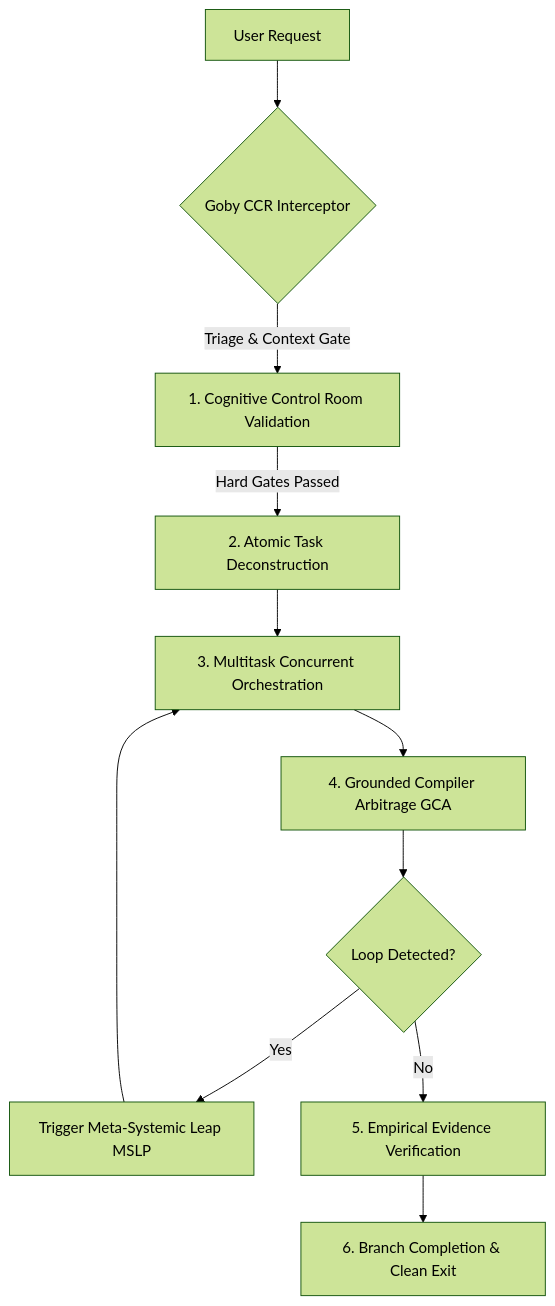
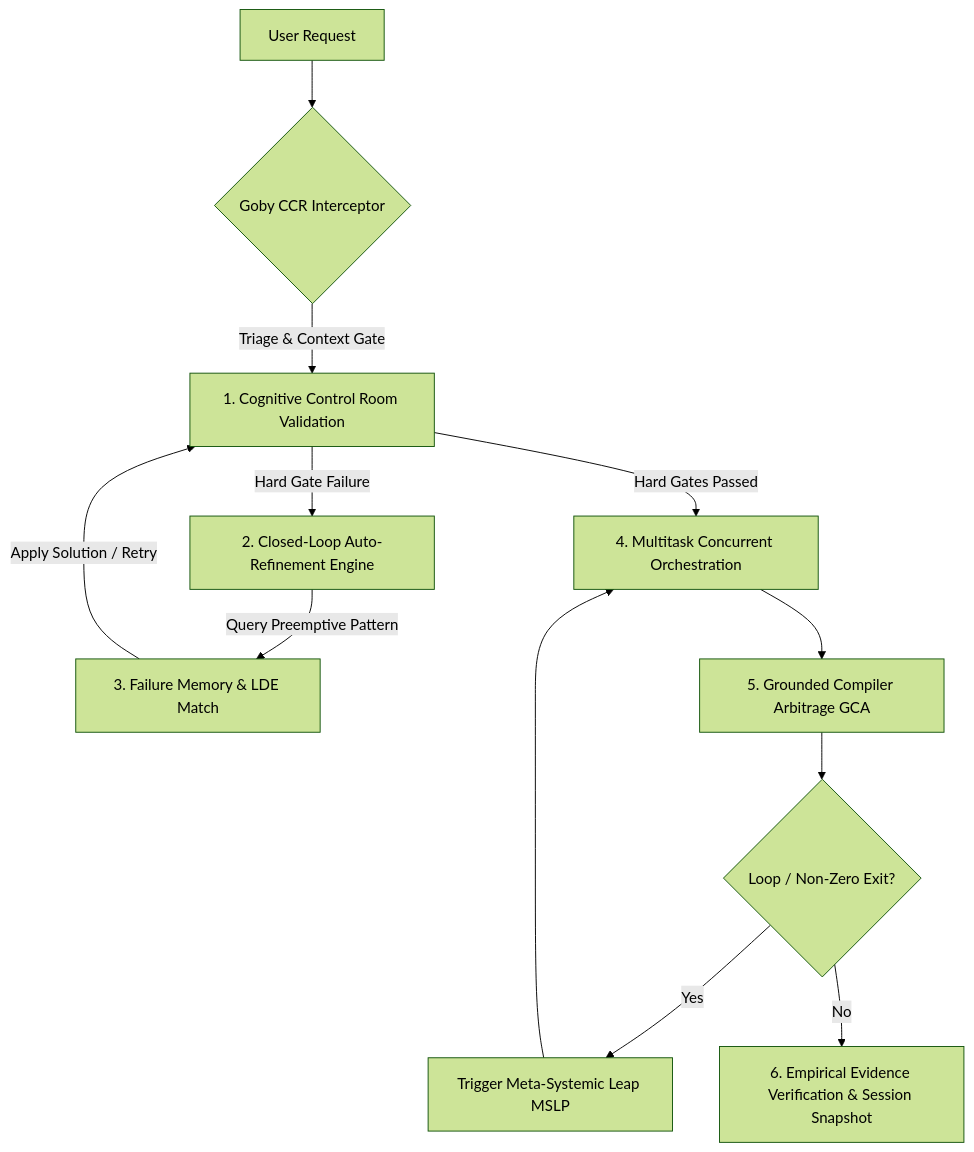
Before and after one commit to V4nds/Gobysh: the diagram in SKILL.md, drawn with Mermaid (forest theme). The commit also changed other lines of this file, not shown here.

Commit message:
docs: update SKILL.md to Goby v1.3.0 Meta-Cognitive Orchestra

````diff
--- a/SKILL.md
+++ b/SKILL.md
@@ -24,13 +24,14 @@
 ```mermaid
 graph TD
     A[User Request] --> B{Goby CCR Interceptor}
     B -->|Triage & Context Gate| C[1. Cognitive Control Room Validation]
-    C -->|Hard Gates Passed| D[2. Atomic Task Deconstruction]
-    D --> E[3. Multitask Concurrent Orchestration]
-    E --> F[4. Grounded Compiler Arbitrage GCA]
-    F --> G{Loop Detected?}
-    G -- Yes --> H[Trigger Meta-Systemic Leap MSLP]
-    H --> E
-    G -- No --> I[5. Empirical Evidence Verification]
-    I --> J[6. Branch Completion & Clean Exit]
+    C -->|Hard Gate Failure| D[2. Closed-Loop Auto-Refinement Engine]
+    D -->|Query Preemptive Pattern| E[3. Failure Memory & LDE Match]
+    E -->|Apply Solution / Retry| C
+    C -->|Hard Gates Passed| F[4. Multitask Concurrent Orchestration]
+    F --> G[5. Grounded Compiler Arbitrage GCA]
+    G --> H{Loop / Non-Zero Exit?}
+    H -- Yes --> I[Trigger Meta-Systemic Leap MSLP]
+    I --> F
+    H -- No --> J[6. Empirical Evidence Verification & Session Snapshot]
 ```
````
